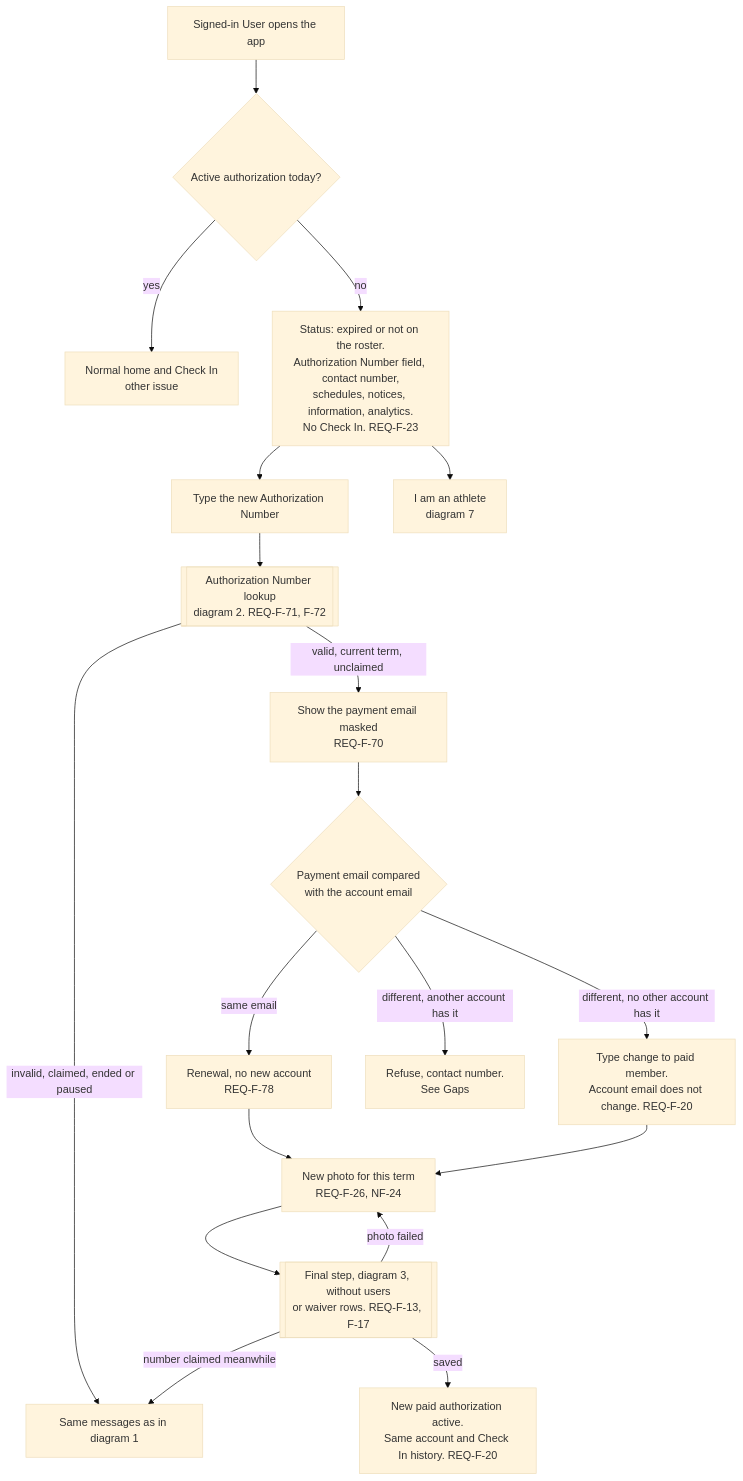
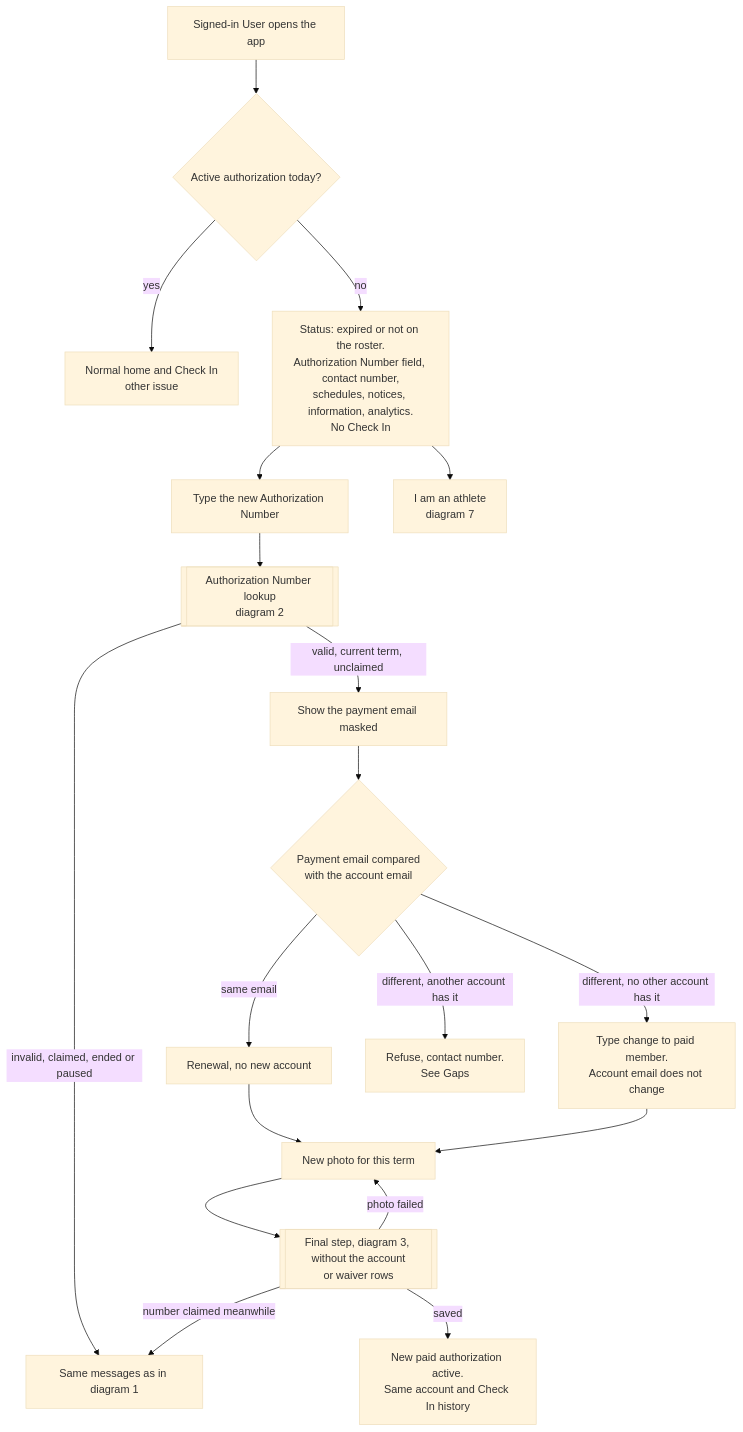
The sixth of 9 diagrams in docs/design/registration-flows.md (Th3-Minorities/natatorio-gym-app), drawn with Mermaid (base theme) before and after one commit. The commit also changed other lines of this file, not shown here.

Commit message:
Use an email link for "I am an athlete" and delete photos on undo

````diff
--- a/docs/design/registration-flows.md
+++ b/docs/design/registration-flows.md
@@ -176,21 +188,21 @@
 ```mermaid
 flowchart TD
   START["Signed-in User opens the app"] --> ACT{"Active authorization today?"}
   ACT -->|"yes"| CI["Normal home and Check In<br/>other issue"]
-  ACT -->|"no"| HOME["Status: expired or not on the roster.<br/>Authorization Number field, contact number,<br/>schedules, notices, information, analytics.<br/>No Check In. REQ-F-23"]
+  ACT -->|"no"| HOME["Status: expired or not on the roster.<br/>Authorization Number field, contact number,<br/>schedules, notices, information, analytics.<br/>No Check In"]
   HOME --> NUM["Type the new Authorization Number"]
   HOME --> ATH["I am an athlete<br/>diagram 7"]
-  NUM --> LK[["Authorization Number lookup<br/>diagram 2. REQ-F-71, F-72"]]
+  NUM --> LK[["Authorization Number lookup<br/>diagram 2"]]
   LK -->|"invalid, claimed, ended or paused"| MSG["Same messages as in diagram 1"]
-  LK -->|"valid, current term, unclaimed"| MASK["Show the payment email masked<br/>REQ-F-70"]
+  LK -->|"valid, current term, unclaimed"| MASK["Show the payment email masked"]
   MASK --> EM{"Payment email compared<br/>with the account email"}
-  EM -->|"same email"| RN["Renewal, no new account<br/>REQ-F-78"]
-  EM -->|"different, no other account has it"| TC["Type change to paid member.<br/>Account email does not change. REQ-F-20"]
+  EM -->|"same email"| RN["Renewal, no new account"]
+  EM -->|"different, no other account has it"| TC["Type change to paid member.<br/>Account email does not change"]
   EM -->|"different, another account has it"| X1["Refuse, contact number.<br/>See Gaps"]
-  RN --> PH["New photo for this term<br/>REQ-F-26, NF-24"]
+  RN --> PH["New photo for this term"]
   TC --> PH
-  PH --> FIN[["Final step, diagram 3, without users<br/>or waiver rows. REQ-F-13, F-17"]]
+  PH --> FIN[["Final step, diagram 3, without the account<br/>or waiver rows"]]
   FIN -->|"photo failed"| PH
   FIN -->|"number claimed meanwhile"| MSG
-  FIN -->|"saved"| OK["New paid authorization active.<br/>Same account and Check In history. REQ-F-20"]
+  FIN -->|"saved"| OK["New paid authorization active.<br/>Same account and Check In history"]
 ```
````
